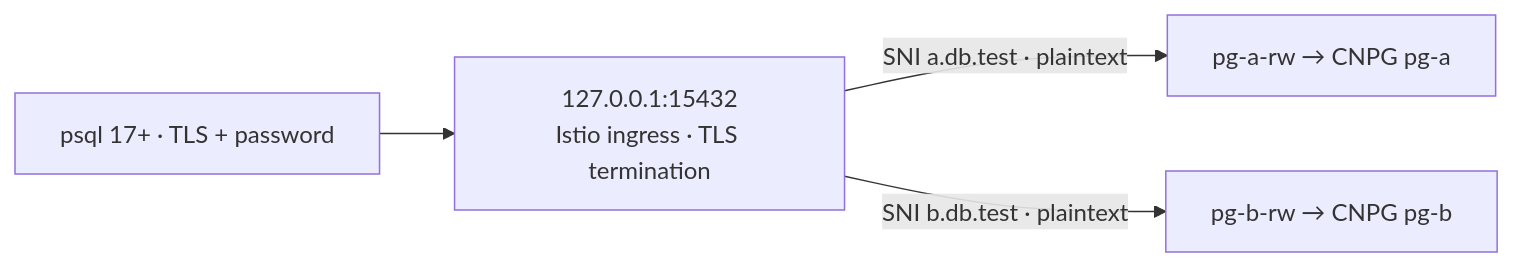
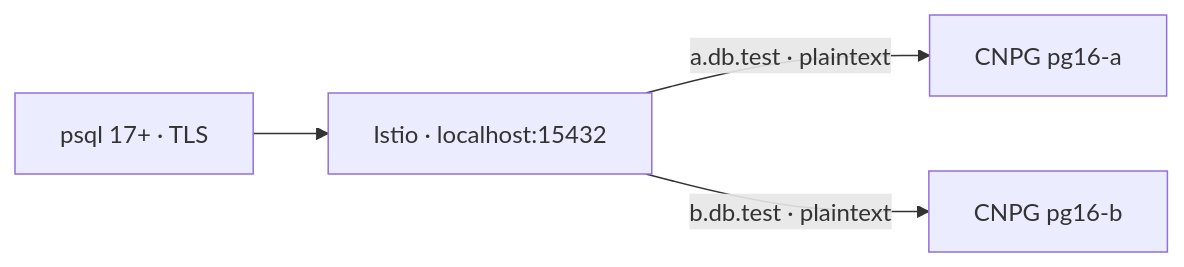
One commit to ardentperf-labs/cnpg-istio-sni-demo changed the diagram in README.md. Above: the diagram before and after it, drawn with Mermaid. The commit also changed other lines of this file and 5 other files, not shown here.

````diff
--- a/README.md
+++ b/README.md
@@ -5,6 +7,6 @@
 ```mermaid
 flowchart LR
-  C["psql 17+ · TLS + password"] --> G["127.0.0.1:15432\nIstio ingress · TLS termination"]
-  G -->|"SNI a.db.test · plaintext"| A["pg-a-rw → CNPG pg-a"]
-  G -->|"SNI b.db.test · plaintext"| B["pg-b-rw → CNPG pg-b"]
+  C["psql 17+ · TLS"] --> G["Istio · localhost:15432"]
+  G -->|"a.db.test · plaintext"| A["CNPG pg16-a"]
+  G -->|"b.db.test · plaintext"| B["CNPG pg16-b"]
 ```
````
